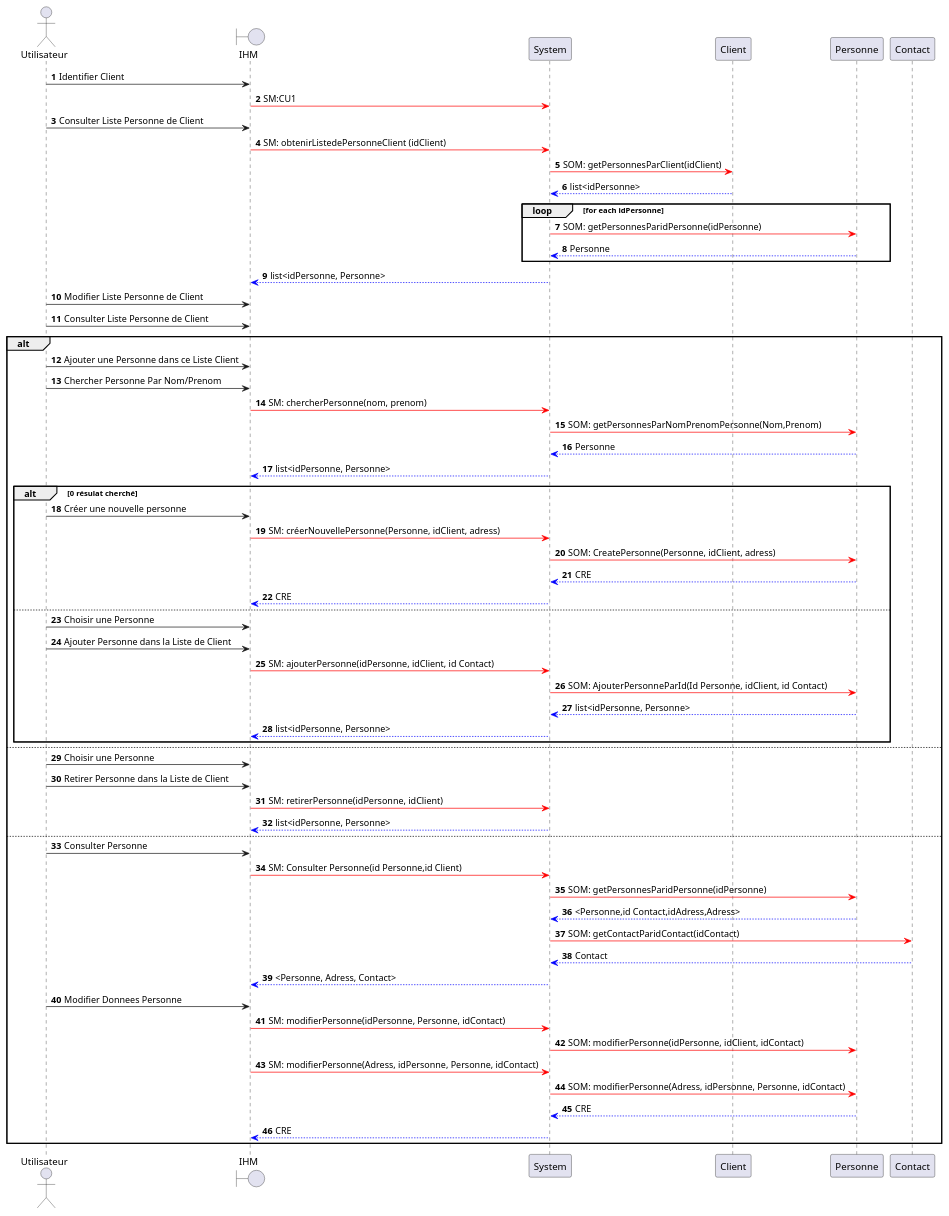
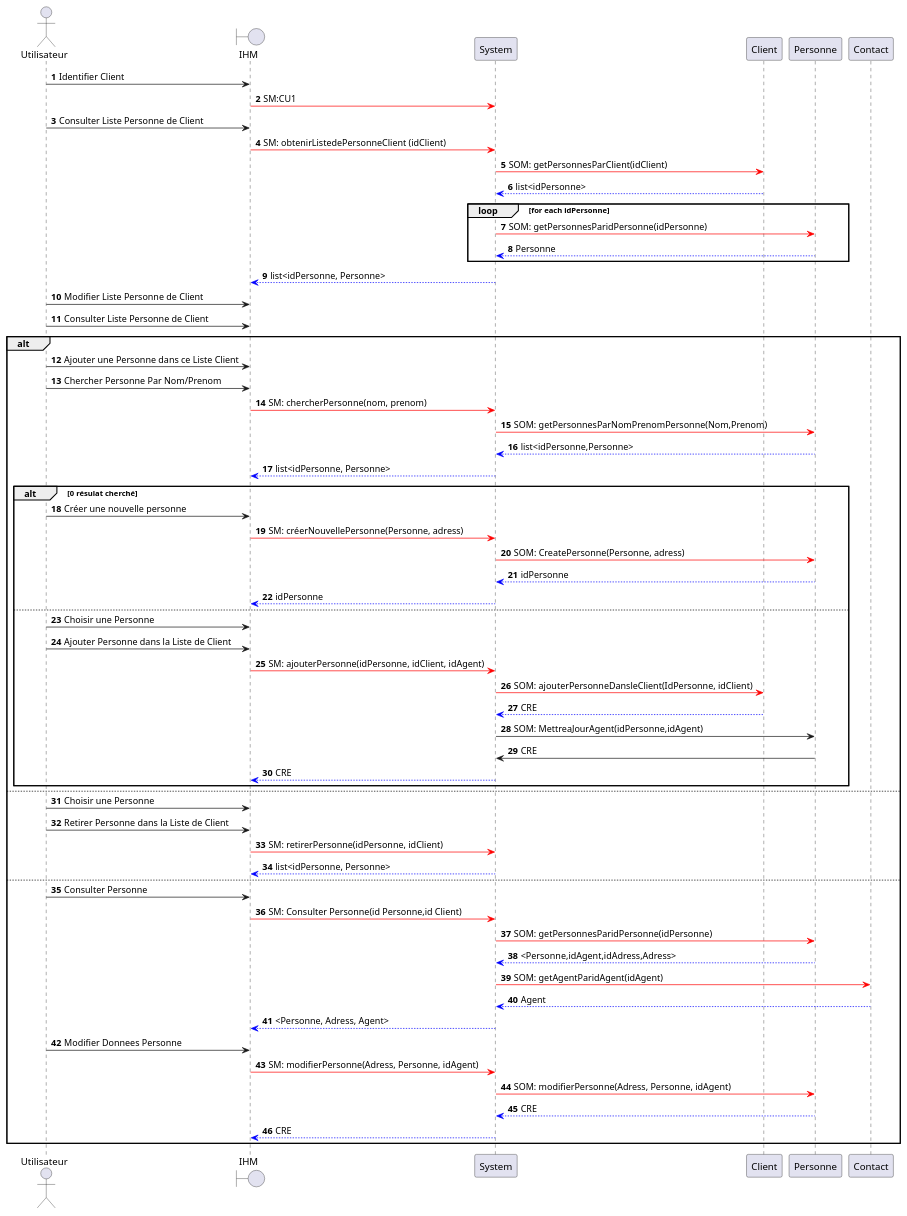
One commit to HZjiadong/PLD-MARS changed the diagram in src/documentation/CU2-DSS.puml. Above: the diagram before and after it, drawn with PlantUML.

Commit message:
doc(CU2-DSS): DSD fini dans le même document que CU2-DSD

```diff
--- a/src/documentation/CU2-DSS.puml
+++ b/src/documentation/CU2-DSS.puml
@@ -1,74 +1,74 @@
 @startuml
 
 actor Utilisateur as U
 boundary IHM as I
 participant System as S
 participant Client as C
 participant Personne as P
 participant Contact as Con
 
 '在personne和Contact之间添加一个association 来储存最后一个modifier/ajouter 的Contact的Id
 autonumber
 
 U->I: Identifier Client
     I-[#red]>S: SM:CU1
 
 U->I: Consulter Liste Personne de Client
     I-[#red]>S: SM: obtenirListedePersonneClient (idClient)
         S-[#red]>C: SOM: getPersonnesParClient(idClient)
         C-[#0000FF]->S: list<idPersonne>
         loop for each idPersonne
         S-[#red]>P: SOM: getPersonnesParidPersonne(idPersonne)
         P-[#0000FF]->S: Personne
         end
 
     S-[#0000FF]->I: list<idPersonne, Personne>
 
 
 U->I: Modifier Liste Personne de Client
 U->I: Consulter Liste Personne de Client
 alt
     U->I: Ajouter une Personne dans ce Liste Client
 
     U->I: Chercher Personne Par Nom/Prenom
         I-[#red]>S: SM: chercherPersonne(nom, prenom)
             S-[#red]>P: SOM: getPersonnesParNomPrenomPersonne(Nom,Prenom)
-            P-[#0000FF]->S: Personne
+            P-[#0000FF]->S: list<idPersonne,Personne>
         S-[#0000FF]->I: list<idPersonne, Personne>
     alt  0 résulat cherché
     U->I: Créer une nouvelle personne
-        I-[#red]>S: SM: créerNouvellePersonne(Personne, idClient, adress)
-                S-[#red]>P: SOM: CreatePersonne(Personne, idClient, adress)
-                P-[#0000FF]->S: CRE
-        S-[#0000FF]->I: CRE
+        I-[#red]>S: SM: créerNouvellePersonne(Personne, adress)
+                S-[#red]>P: SOM: CreatePersonne(Personne, adress)
+                P-[#0000FF]->S: idPersonne
+        S-[#0000FF]->I: idPersonne
     else
     U->I: Choisir une Personne
 
     U->I: Ajouter Personne dans la Liste de Client
-        I-[#red]>S: SM: ajouterPersonne(idPersonne, idClient, id Contact)
-            S-[#red]>P: SOM: AjouterPersonneParId(Id Personne, idClient, id Contact)
-            P-[#0000FF]->S: list<idPersonne, Personne>
-        S-[#0000FF]->I: list<idPersonne, Personne>
+        I-[#red]>S: SM: ajouterPersonne(idPersonne, idClient, idAgent)
+            S-[#red]>C: SOM: ajouterPersonneDansleClient(IdPersonne, idClient)
+            C-[#0000FF]->S: CRE
+            S->P: SOM: MettreaJourAgent(idPersonne,idAgent)
+            P->S: CRE
+        S-[#0000FF]->I: CRE
     end
 else
     U->I: Choisir une Personne
     U->I: Retirer Personne dans la Liste de Client
         I-[#red]>S: SM: retirerPersonne(idPersonne, idClient)
         S-[#0000FF]->I: list<idPersonne, Personne>
 else
     U->I: Consulter Personne
         I-[#red]>S: SM: Consulter Personne(id Personne,id Client)
             S-[#red]>P: SOM: getPersonnesParidPersonne(idPersonne)
-            P-[#0000FF]->S: <Personne,id Contact,idAdress,Adress>
-            S-[#red]>Con: SOM: getContactParidContact(idContact)
-            Con-[#0000FF]->S: Contact
-        S-[#0000FF]->I: <Personne, Adress, Contact>
+            P-[#0000FF]->S: <Personne,idAgent,idAdress,Adress>
+            S-[#red]>Con: SOM: getAgentParidAgent(idAgent)
+            Con-[#0000FF]->S: Agent
+        S-[#0000FF]->I: <Personne, Adress, Agent>
     U->I: Modifier Donnees Personne
-        I-[#red]>S: SM: modifierPersonne(idPersonne, Personne, idContact)
-            S-[#red]>P: SOM: modifierPersonne(idPersonne, idClient, idContact)
-        I-[#red]>S: SM: modifierPersonne(Adress, idPersonne, Personne, idContact)
-            S-[#red]>P: SOM: modifierPersonne(Adress, idPersonne, Personne, idContact)
+        I-[#red]>S: SM: modifierPersonne(Adress, Personne, idAgent)
+            S-[#red]>P: SOM: modifierPersonne(Adress, Personne, idAgent)
             P-[#0000FF]->S: CRE
         S-[#0000FF]->I: CRE
 end
 @enduml
```
